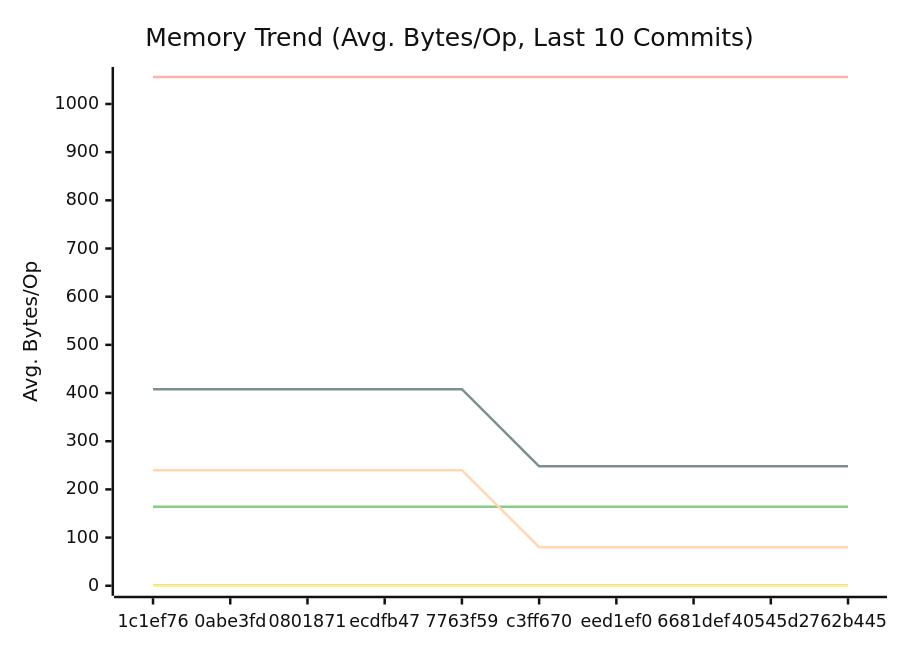
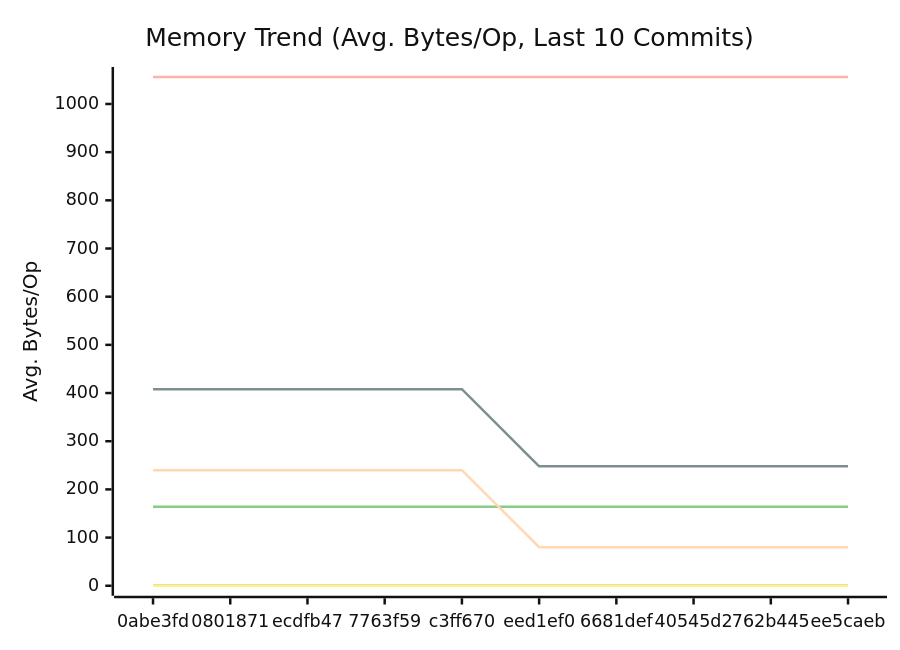
One commit to alsotoes/momo changed the second of 3 diagrams in docs/PERFORMANCE.md. Above: the diagram before and after it, drawn with Mermaid (neutral theme). The commit also changed other lines of this file and 1 other file, not shown here.

````diff
--- a/docs/PERFORMANCE.md
+++ b/docs/PERFORMANCE.md
@@ -97,16 +97,16 @@
 ```mermaid
 xychart-beta
     title "Memory Trend (Avg. Bytes/Op, Last 10 Commits)"
     x-axis "Commit"
     y-axis "Avg. Bytes/Op"
-    x-axis [1c1ef76,0abe3fd,0801871,ecdfb47,7763f59,c3ff670,eed1ef0,6681def,40545d2,762b445]
+    x-axis [0abe3fd,0801871,ecdfb47,7763f59,c3ff670,eed1ef0,6681def,40545d2,762b445,ee5caeb]
     line "CheckMetricsAndSwap" [0,0,0,0,0,0,0,0,0,0]
     line "CrushOptimized" [0,0,0,0,0,0,0,0,0,0]
     line "CrushOriginal" [164,164,164,164,164,164,164,164,164,164]
     line "IndexDirectTracking" [0,0,0,0,0,0,0,0,0,0]
     line "IndexSearch" [0,0,0,0,0,0,0,0,0,0]
     line "LoadGlobalConfig" [1056,1056,1056,1056,1056,1056,1056,1056,1056,1056]
     line "PadString" [0,0,0,0,0,0,0,0,0,0]
     line "ParseReplicationOrder_NoPrealloc" [408,408,408,408,408,248,248,248,248,248]
     line "ParseReplicationOrder_Prealloc" [240,240,240,240,240,80,80,80,80,80]
 ```
````
